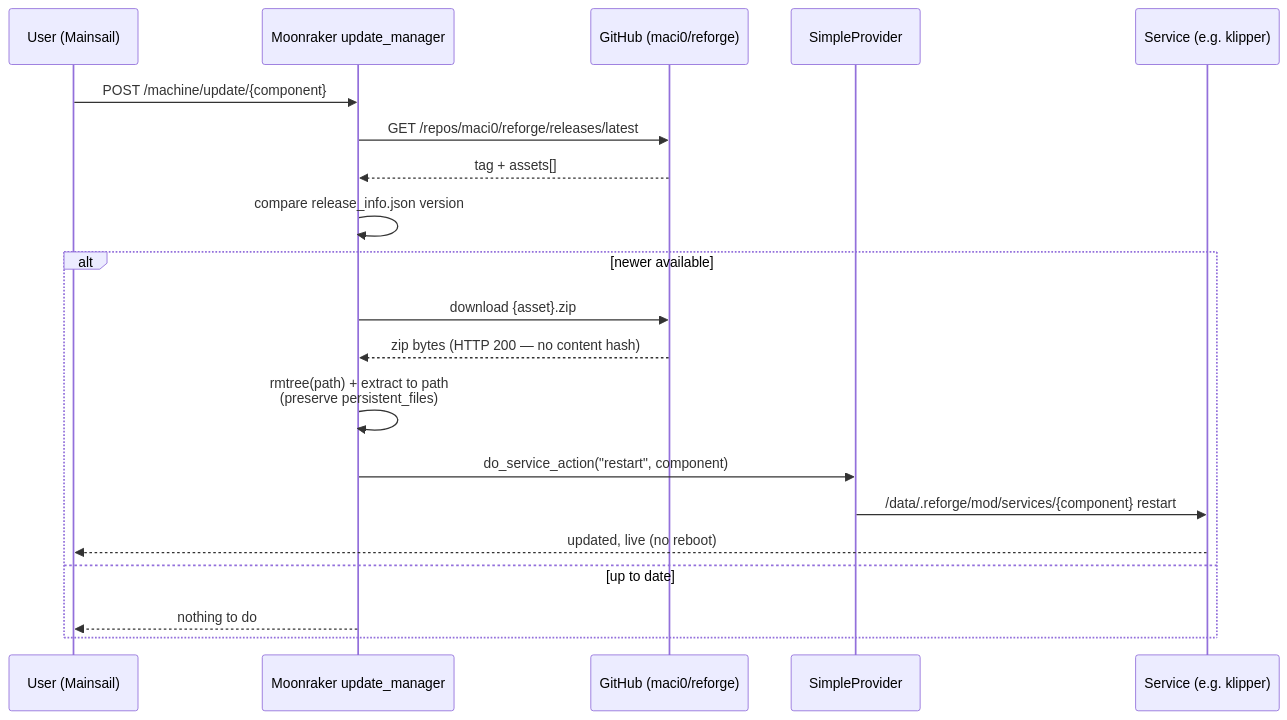
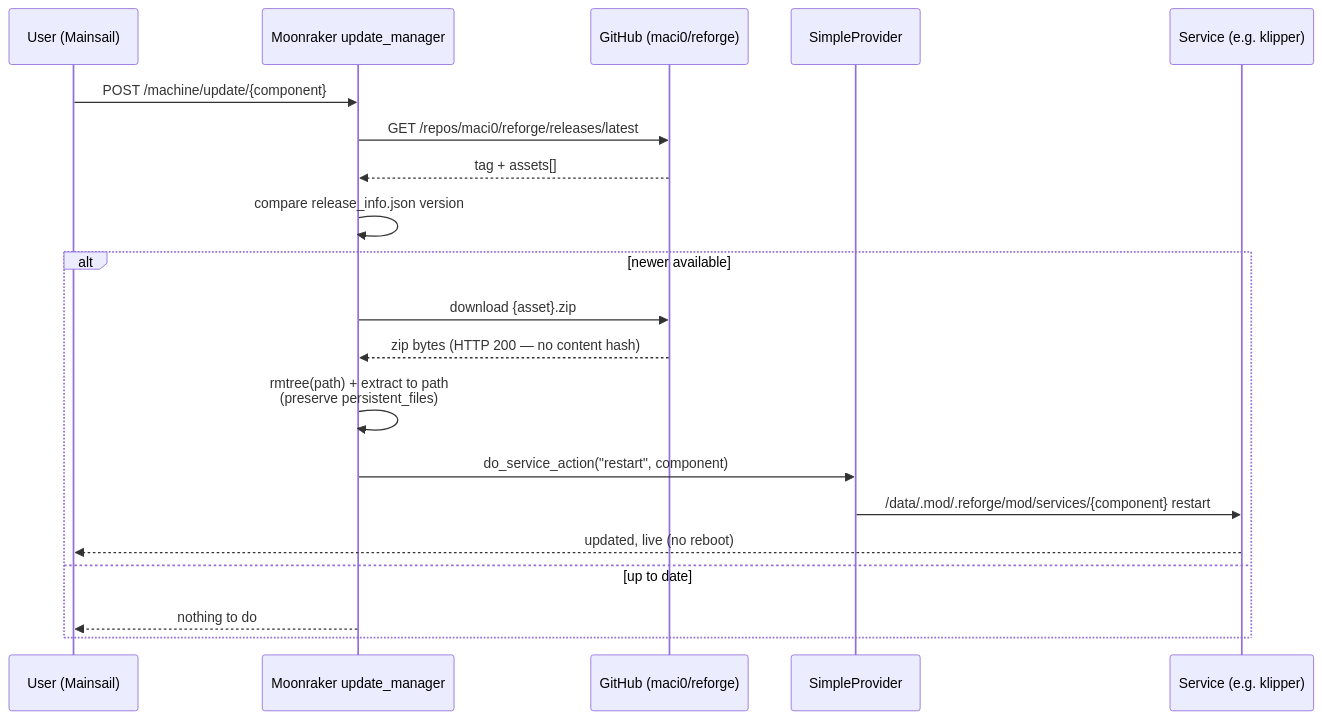
Before and after one commit to maci0/reforge: the second of 3 diagrams in docs/ota.md, drawn with Mermaid. The commit also changed other lines of this file and 33 other files, not shown here.

````diff
--- a/docs/ota.md
+++ b/docs/ota.md
@@ -51,23 +51,23 @@
 ```mermaid
 sequenceDiagram
     participant U as User (Mainsail)
     participant M as Moonraker update_manager
     participant GH as GitHub (maci0/reforge)
     participant SP as SimpleProvider
     participant S as Service (e.g. klipper)
 
     U->>M: POST /machine/update/{component}
     M->>GH: GET /repos/maci0/reforge/releases/latest
     GH-->>M: tag + assets[]
     M->>M: compare release_info.json version
     alt newer available
         M->>GH: download {asset}.zip
         GH-->>M: zip bytes (HTTP 200 — no content hash)
         M->>M: rmtree(path) + extract to path<br/>(preserve persistent_files)
         M->>SP: do_service_action("restart", component)
-        SP->>S: /data/.reforge/mod/services/{component} restart
+        SP->>S: /data/.mod/.reforge/mod/services/{component} restart
         S-->>U: updated, live (no reboot)
     else up to date
         M-->>U: nothing to do
     end
 ```
````
